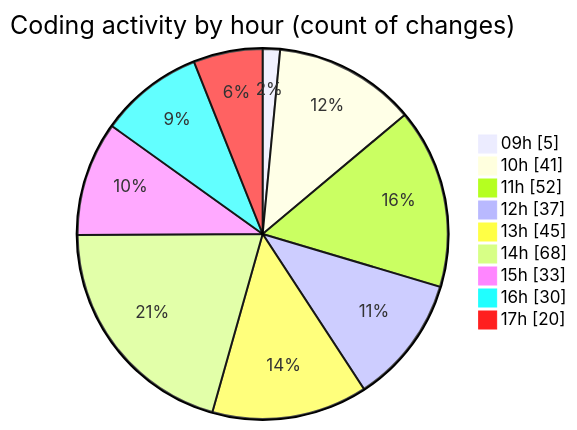
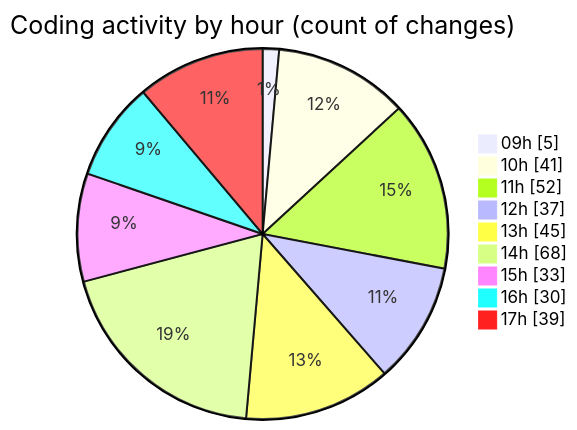
One commit to momahboobian/code-tracking changed the second of 2 diagrams in 2026-04-27/cda/README.md. Above: the diagram before and after it, drawn with Mermaid. The commit also changed other lines of this file and 1 other file, not shown here.

````diff
--- a/2026-04-27/cda/README.md
+++ b/2026-04-27/cda/README.md
@@ -67,13 +67,13 @@
 ```mermaid
 pie showData
 title Coding activity by hour (count of changes)
 "09h" : 5
 "10h" : 41
 "11h" : 52
 "12h" : 37
 "13h" : 45
 "14h" : 68
 "15h" : 33
 "16h" : 30
-"17h" : 20
+"17h" : 39
 ```
````
